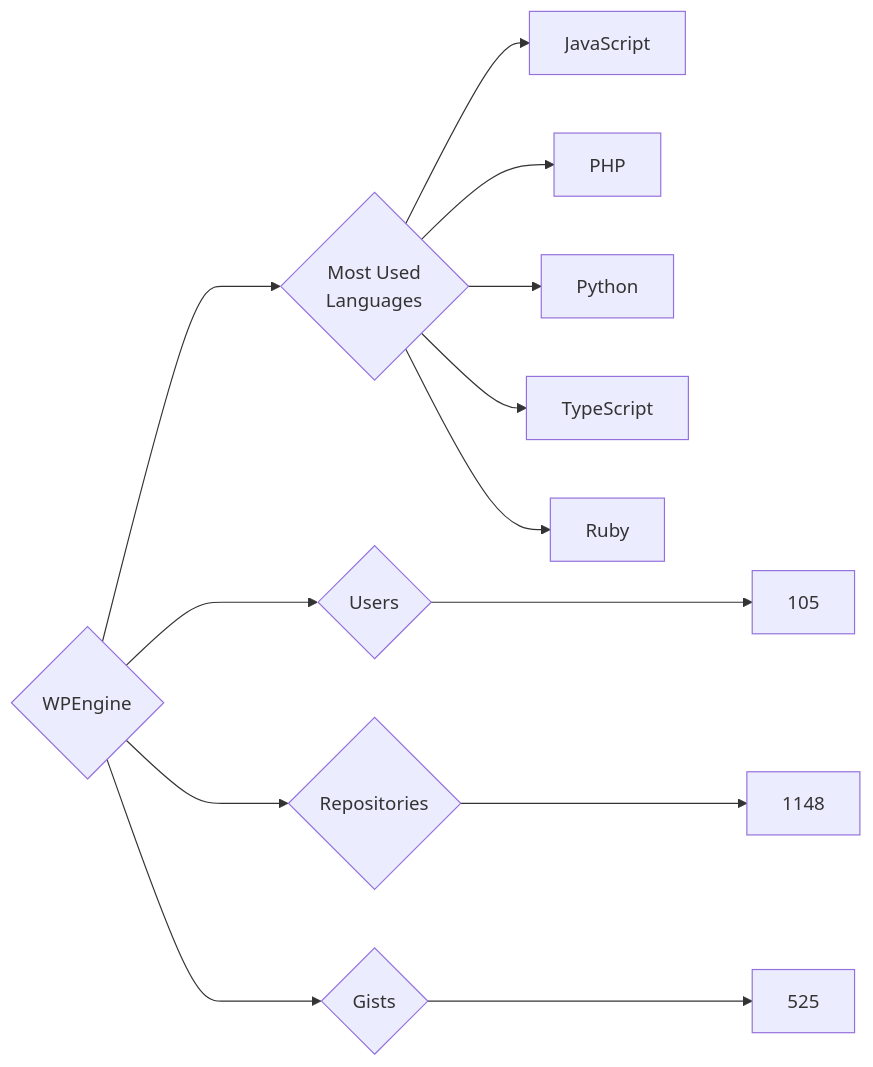
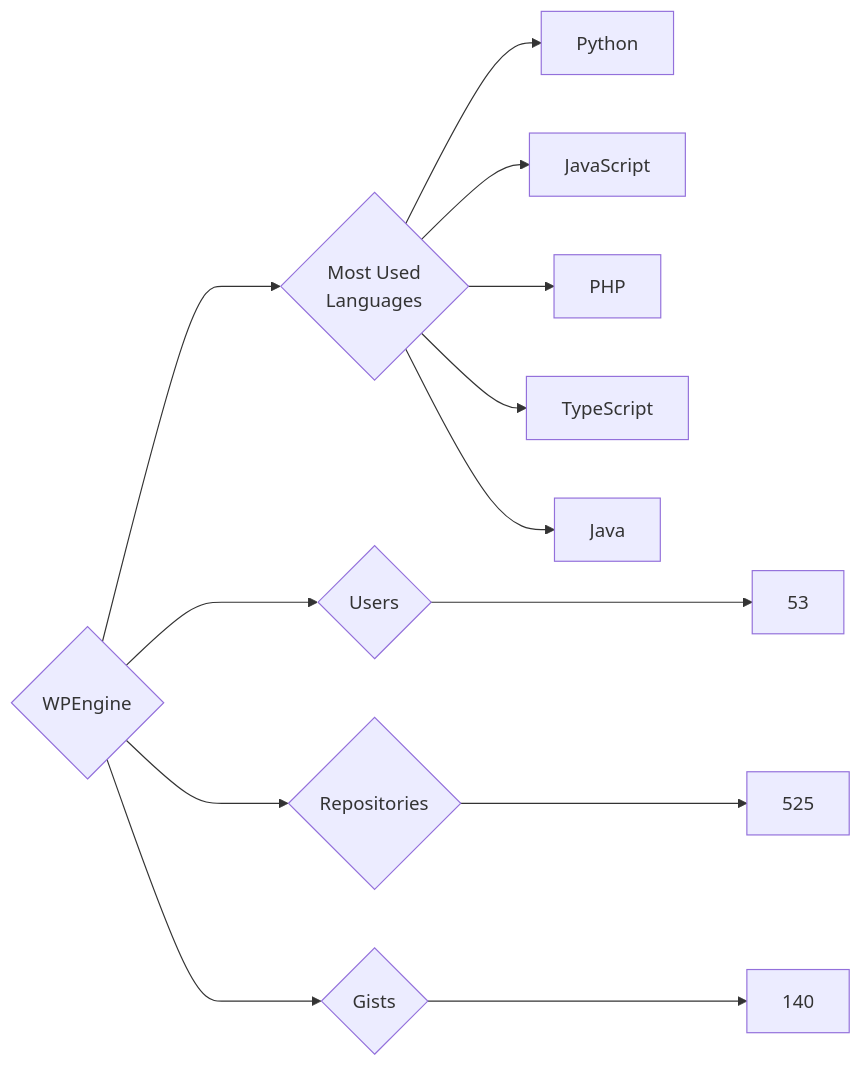
Before and after one commit to trickest/insiders: the diagram in targets/WPEngine/README.md, drawn with Mermaid. The commit also changed 839 other files, not shown here.

````diff
--- a/targets/WPEngine/README.md
+++ b/targets/WPEngine/README.md
@@ -3,13 +3,13 @@
 ```mermaid
 graph LR
 COMPANY_NAME{WPEngine}
-COMPANY_NAME ---> U{Users} ---> UN[105]
-COMPANY_NAME ---> R{Repositories} ---> RN[1148]
-COMPANY_NAME ---> G{Gists} ---> GN[525]
+COMPANY_NAME ---> U{Users} ---> UN[53]
+COMPANY_NAME ---> R{Repositories} ---> RN[525]
+COMPANY_NAME ---> G{Gists} ---> GN[140]
 COMPANY_NAME ---> ML{Most Used<br>Languages}
+ML --> Python[Python]
 ML --> JavaScript[JavaScript]
 ML --> PHP[PHP]
-ML --> Python[Python]
 ML --> TypeScript[TypeScript]
-ML --> Ruby[Ruby]
+ML --> Java[Java]
 ```
````
